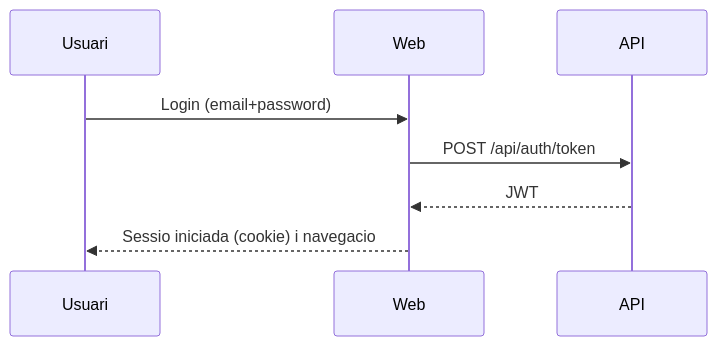
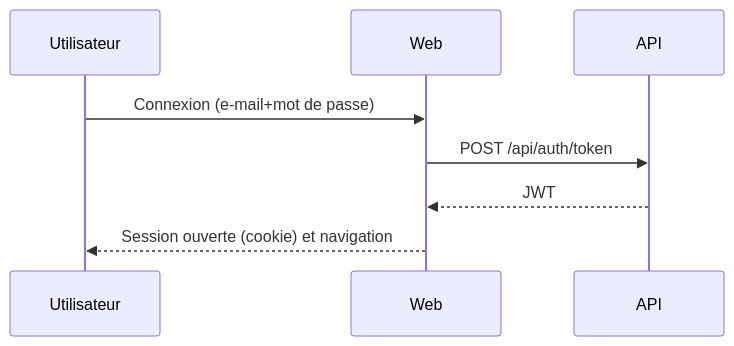
One commit to dmoraroca/escoles-publiques changed the third of 3 diagrams in src/Web/HelpDocs/fr/functional.md. Above: the diagram before and after it, drawn with Mermaid. The commit also changed other lines of this file and 11 other files, not shown here.

````diff
--- a/src/Web/HelpDocs/fr/functional.md
+++ b/src/Web/HelpDocs/fr/functional.md
@@ -95,11 +95,11 @@
 ```mermaid
 sequenceDiagram
-  participant U as Usuari
+  participant U as Utilisateur
   participant W as Web
   participant A as API
 
-  U->>W: Login (email+password)
+  U->>W: Connexion (e-mail+mot de passe)
   W->>A: POST /api/auth/token
   A-->>W: JWT
-  W-->>U: Sessio iniciada (cookie) i navegacio
+  W-->>U: Session ouverte (cookie) et navigation
 ```
````
